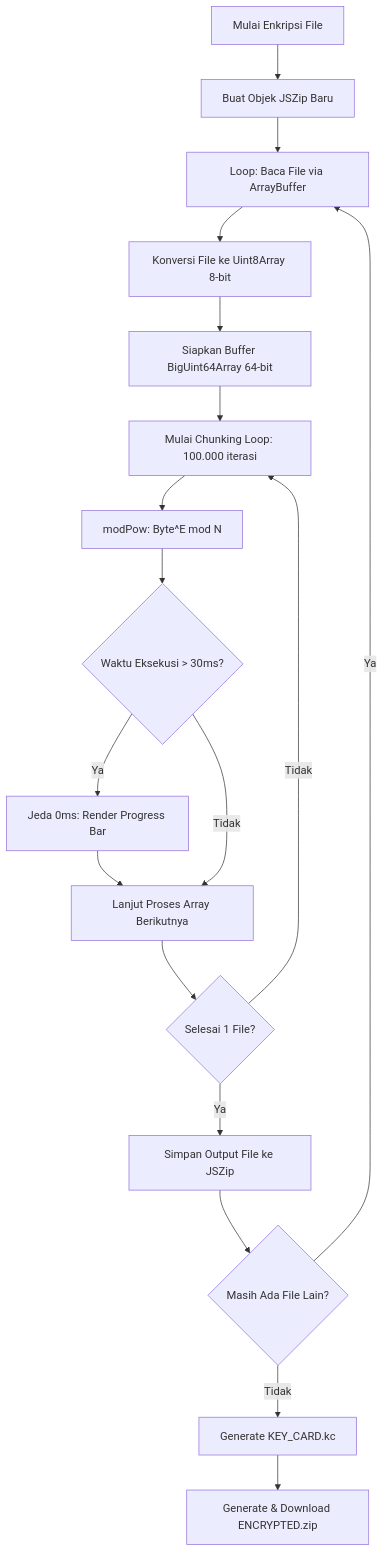
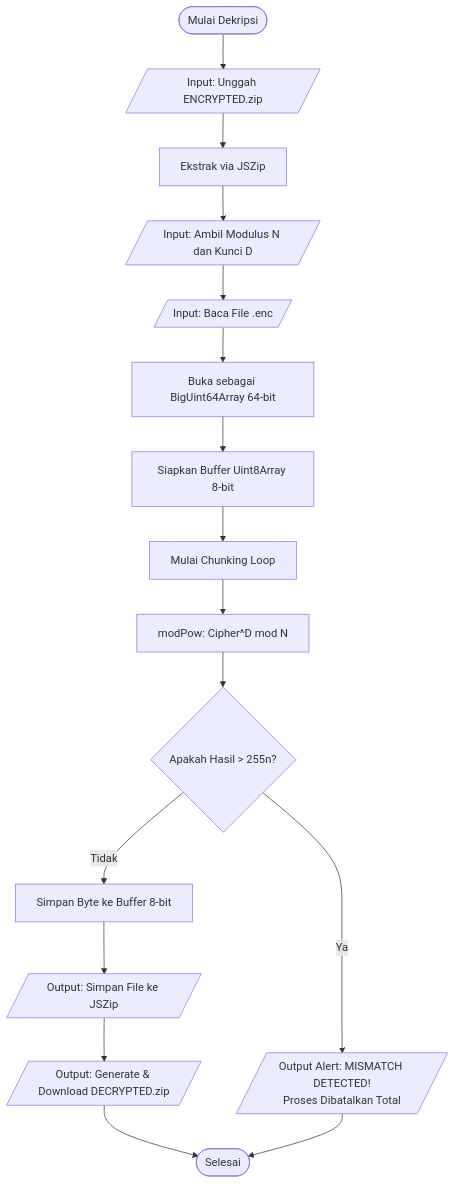
Before and after one commit to GrimmV26/BA-calculate-RSA: the second of 3 diagrams in README.md, drawn with Mermaid. The commit also changed other lines of this file, not shown here.

````diff
--- a/README.md
+++ b/README.md
@@ -68,20 +69,18 @@
 ```mermaid
 graph TD
-    A[Mulai Enkripsi File] --> B[Buat Objek JSZip Baru]
-    B --> C[Loop: Baca File via ArrayBuffer]
-    C --> D[Konversi File ke Uint8Array 8-bit]
-    D --> E[Siapkan Buffer BigUint64Array 64-bit]
-    E --> F[Mulai Chunking Loop: 100.000 iterasi]
-    F --> G[modPow: Byte^E mod N]
-    G --> H{Waktu Eksekusi > 30ms?}
-    H -- Ya --> I[Jeda 0ms: Render Progress Bar]
-    I --> J[Lanjut Proses Array Berikutnya]
-    H -- Tidak --> J
-    J --> K{Selesai 1 File?}
-    K -- Tidak --> F
-    K -- Ya --> L[Simpan Output File ke JSZip]
-    L --> M{Masih Ada File Lain?}
-    M -- Ya --> C
-    M -- Tidak --> N[Generate KEY_CARD.kc]
-    N --> O[Generate & Download ENCRYPTED.zip]
+    A([Mulai Dekripsi]) --> B[/Input: Unggah ENCRYPTED.zip/]
+    B --> C[Ekstrak via JSZip]
+    C --> D[/Input: Ambil Modulus N dan Kunci D/]
+    D --> E[/Input: Baca File .enc/]
+    E --> F[Buka sebagai BigUint64Array 64-bit]
+    F --> G[Siapkan Buffer Uint8Array 8-bit]
+    G --> H[Mulai Chunking Loop]
+    H --> I[modPow: Cipher^D mod N]
+    I --> J{Apakah Hasil > 255n?}
+    J -- Ya --> K[/Output Alert: MISMATCH DETECTED!<br>Proses Dibatalkan Total/]
+    J -- Tidak --> L[Simpan Byte ke Buffer 8-bit]
+    L --> M[/Output: Simpan File ke JSZip/]
+    M --> N[/Output: Generate & Download DECRYPTED.zip/]
+    N --> O([Selesai])
+    K --> O
 ```
````
